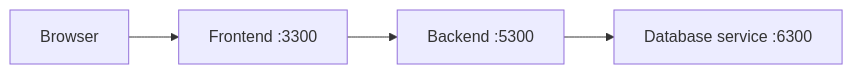
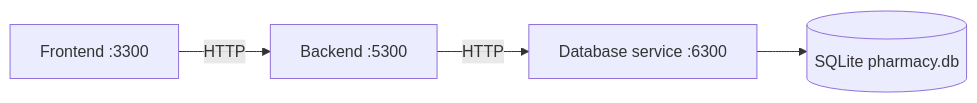
Before and after one commit to jaeyunjks/hospital-operations-management-system: the diagram in student-3/frontend/README.md, drawn with Mermaid. The commit also changed other lines of this file and 2 other files, not shown here.

Commit message:
feat: Update README documentation for backend, database, and frontend services; enhance architecture diagrams, tech stack details, and local running instructions

````diff
--- a/student-3/frontend/README.md
+++ b/student-3/frontend/README.md
@@ -5,6 +7,6 @@
 ```mermaid
 flowchart LR
-  Browser --> UI[Frontend :3300]
-  UI --> API[Backend :5300]
-  API --> DB[Database service :6300]
+  F[Frontend :3300] -->|HTTP| B[Backend :5300]
+  B -->|HTTP| D[Database service :6300]
+  D --> S[(SQLite pharmacy.db)]
 ```
````
